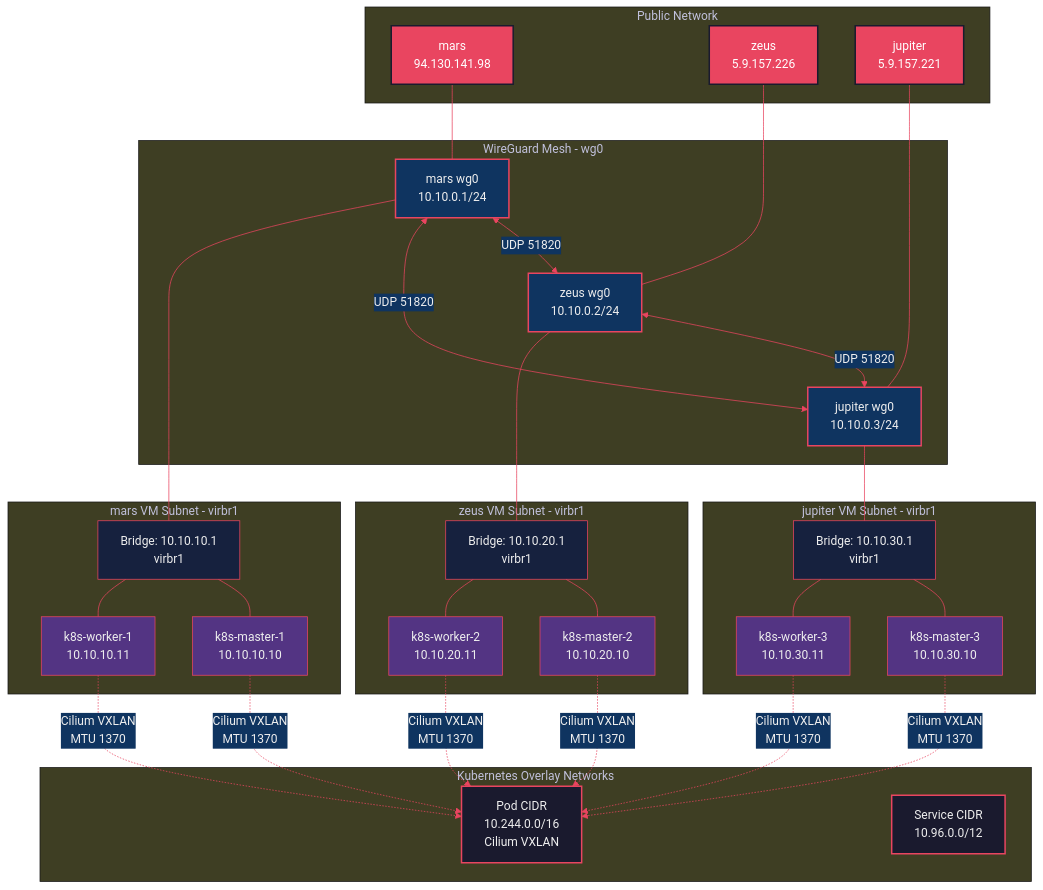
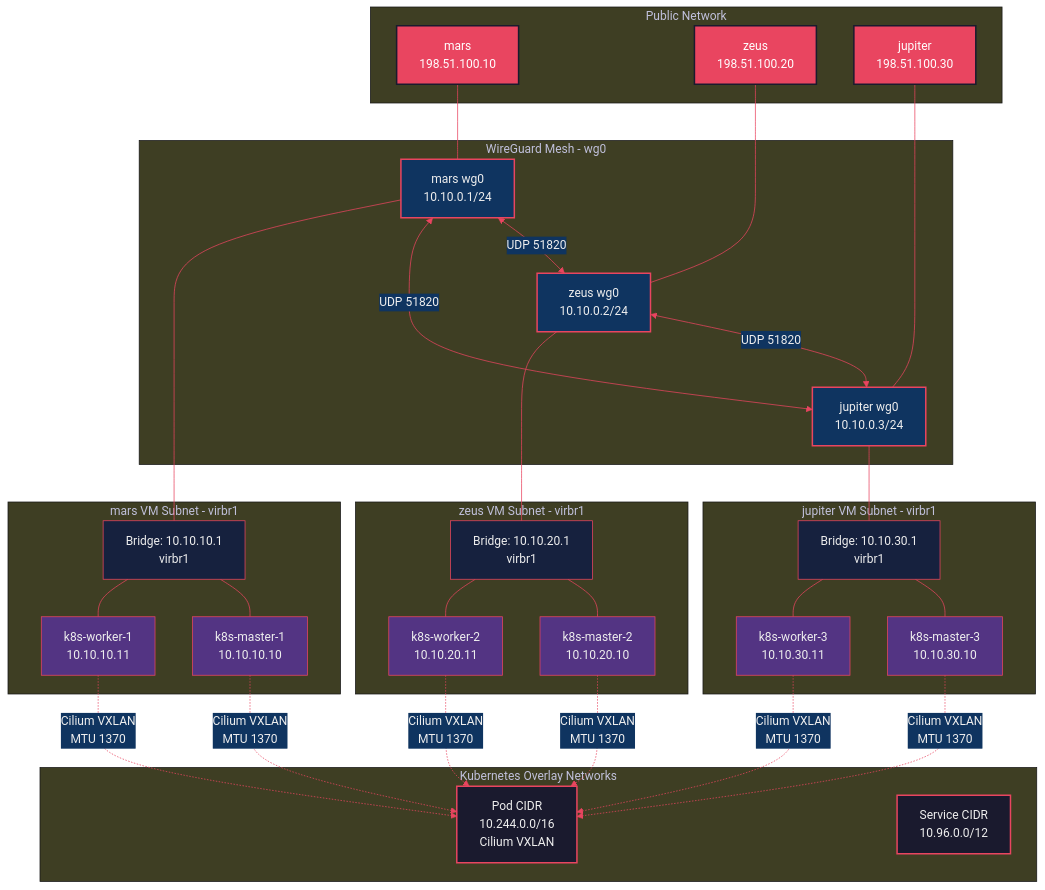
Before and after one commit to gjovanov/k8s-cluster-multi: the diagram in docs/diagrams/02-network.mmd, drawn with Mermaid. The commit also changed 24 other files, not shown here.

```diff
--- a/docs/diagrams/02-network.mmd
+++ b/docs/diagrams/02-network.mmd
@@ -1,70 +1,70 @@
 %%{init: {'theme': 'base', 'themeVariables': {'primaryColor': '#1a1a2e', 'primaryTextColor': '#eee', 'lineColor': '#e94560', 'secondaryColor': '#0f3460'}}}%%
 graph TB
     subgraph PUBLIC["Public Network"]
-        MARS_PUB["mars<br/>94.130.141.98"]
-        ZEUS_PUB["zeus<br/>5.9.157.226"]
-        JUPITER_PUB["jupiter<br/>5.9.157.221"]
+        MARS_PUB["mars<br/>198.51.100.10"]
+        ZEUS_PUB["zeus<br/>198.51.100.20"]
+        JUPITER_PUB["jupiter<br/>198.51.100.30"]
     end
 
     subgraph WG_MESH["WireGuard Mesh - wg0"]
         MARS_WG["mars wg0<br/>10.10.0.1/24"]
         ZEUS_WG["zeus wg0<br/>10.10.0.2/24"]
         JUPITER_WG["jupiter wg0<br/>10.10.0.3/24"]
 
         MARS_WG <-->|UDP 51820| ZEUS_WG
         MARS_WG <-->|UDP 51820| JUPITER_WG
         ZEUS_WG <-->|UDP 51820| JUPITER_WG
     end
 
     subgraph MARS_NET["mars VM Subnet - virbr1"]
         MARS_BR["Bridge: 10.10.10.1<br/>virbr1"]
         MARS_M["k8s-master-1<br/>10.10.10.10"]
         MARS_W["k8s-worker-1<br/>10.10.10.11"]
         MARS_BR --- MARS_M
         MARS_BR --- MARS_W
     end
 
     subgraph ZEUS_NET["zeus VM Subnet - virbr1"]
         ZEUS_BR["Bridge: 10.10.20.1<br/>virbr1"]
         ZEUS_M["k8s-master-2<br/>10.10.20.10"]
         ZEUS_W["k8s-worker-2<br/>10.10.20.11"]
         ZEUS_BR --- ZEUS_M
         ZEUS_BR --- ZEUS_W
     end
 
     subgraph JUPITER_NET["jupiter VM Subnet - virbr1"]
         JUPITER_BR["Bridge: 10.10.30.1<br/>virbr1"]
         JUPITER_M["k8s-master-3<br/>10.10.30.10"]
         JUPITER_W["k8s-worker-3<br/>10.10.30.11"]
         JUPITER_BR --- JUPITER_M
         JUPITER_BR --- JUPITER_W
     end
 
     subgraph K8S_NETS["Kubernetes Overlay Networks"]
         POD_CIDR["Pod CIDR<br/>10.244.0.0/16<br/>Cilium VXLAN"]
         SVC_CIDR["Service CIDR<br/>10.96.0.0/12"]
     end
 
     MARS_PUB --- MARS_WG
     ZEUS_PUB --- ZEUS_WG
     JUPITER_PUB --- JUPITER_WG
 
     MARS_WG --- MARS_BR
     ZEUS_WG --- ZEUS_BR
     JUPITER_WG --- JUPITER_BR
 
     MARS_M & MARS_W -.->|Cilium VXLAN<br/>MTU 1370| POD_CIDR
     ZEUS_M & ZEUS_W -.->|Cilium VXLAN<br/>MTU 1370| POD_CIDR
     JUPITER_M & JUPITER_W -.->|Cilium VXLAN<br/>MTU 1370| POD_CIDR
 
     classDef publicStyle fill:#e94560,stroke:#1a1a2e,stroke-width:2px,color:#fff
     classDef wgStyle fill:#0f3460,stroke:#e94560,stroke-width:2px,color:#eee
     classDef bridgeStyle fill:#16213e,stroke:#e94560,stroke-width:1px,color:#eee
     classDef vmStyle fill:#533483,stroke:#e94560,stroke-width:1px,color:#eee
     classDef k8sStyle fill:#1a1a2e,stroke:#e94560,stroke-width:2px,color:#eee
 
     class MARS_PUB,ZEUS_PUB,JUPITER_PUB publicStyle
     class MARS_WG,ZEUS_WG,JUPITER_WG wgStyle
     class MARS_BR,ZEUS_BR,JUPITER_BR bridgeStyle
     class MARS_M,MARS_W,ZEUS_M,ZEUS_W,JUPITER_M,JUPITER_W vmStyle
     class POD_CIDR,SVC_CIDR k8sStyle
```
